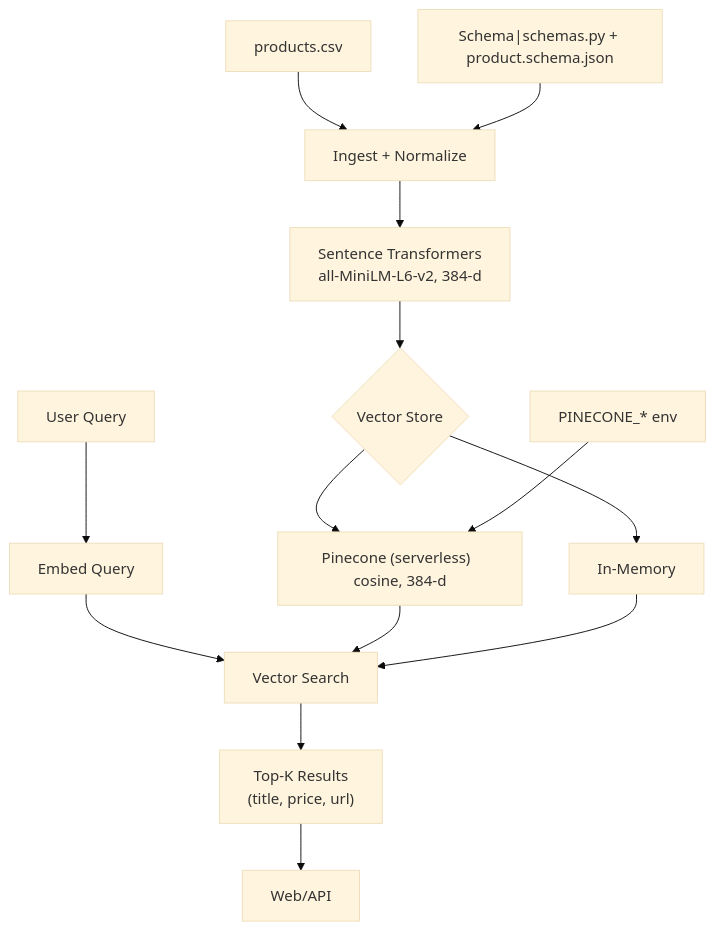
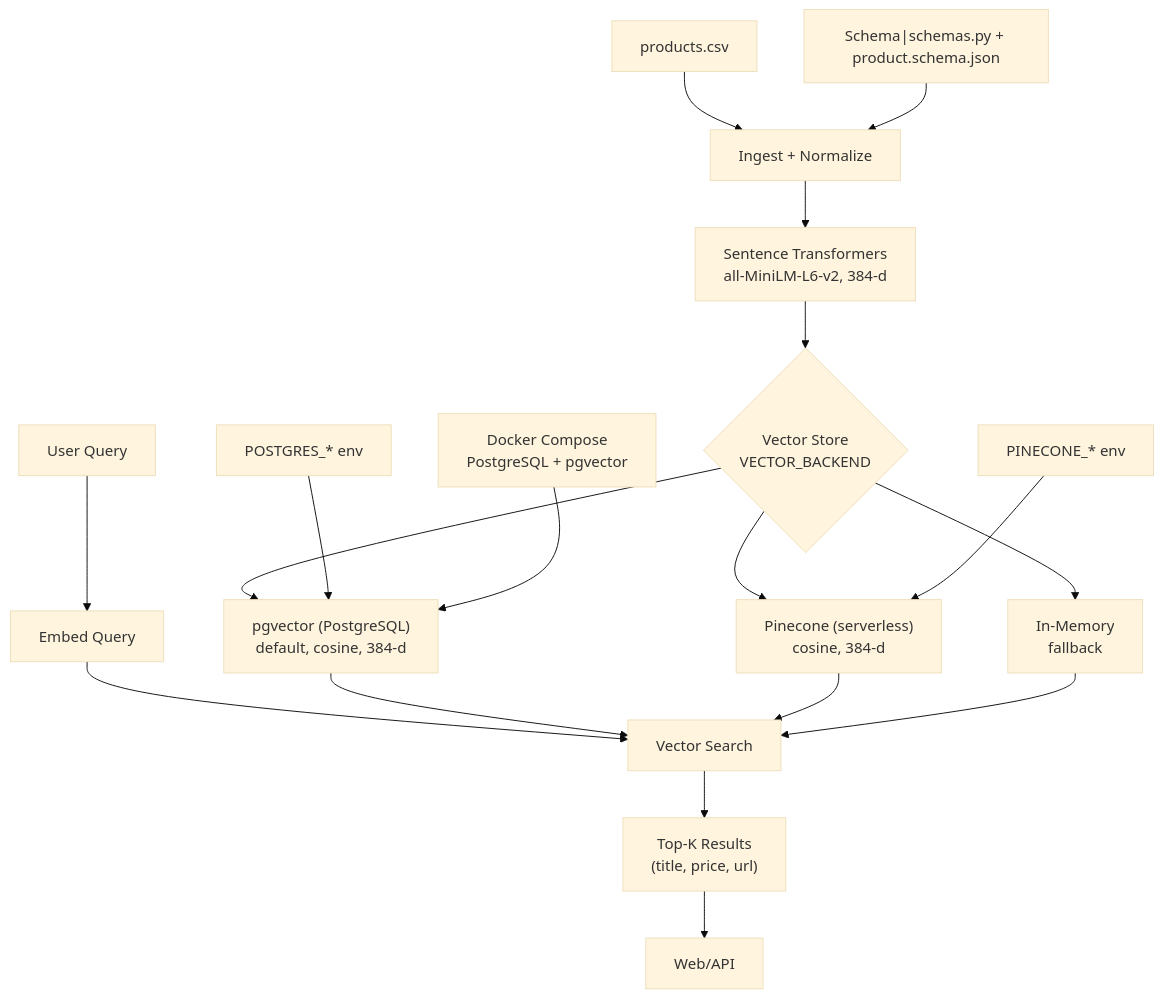
One commit to ZaboReal/ML-ProductSearch changed the diagram in docs/diagram.mmd. Above: the diagram before and after it, drawn with Mermaid (base theme). The commit also changed 19 other files, not shown here.

```diff
--- a/docs/diagram.mmd
+++ b/docs/diagram.mmd
@@ -1,19 +1,22 @@
 graph TD
 
     CSV["products.csv"] --> ING["Ingest + Normalize"]
     SCHEMA["Schema|schemas.py + product.schema.json"] --> ING
 
-    ING --> EMB["Sentence Transformers\nall-MiniLM-L6-v2, 384-d"]
-    EMB --> STORE{Vector Store}
-    STORE --> PIN["Pinecone (serverless)  cosine, 384-d"]
-    STORE --> MEM["In-Memory"]
+    ING --> EMB["Sentence Transformers<br/>all-MiniLM-L6-v2, 384-d"]
+    EMB --> STORE{Vector Store<br/>VECTOR_BACKEND}
+    STORE --> PG["pgvector (PostgreSQL)<br/>default, cosine, 384-d"]
+    STORE --> PIN["Pinecone (serverless)<br/>cosine, 384-d"]
+    STORE --> MEM["In-Memory<br/>fallback"]
 
     Q["User Query"] --> QE["Embed Query"]
     QE --> SEARCH["Vector Search"]
+    PG --> SEARCH
     PIN --> SEARCH
     MEM --> SEARCH
-    SEARCH --> RSLT["Top-K Results
-    (title, price, url)"]
+    SEARCH --> RSLT["Top-K Results<br/>(title, price, url)"]
     RSLT --> WEB["Web/API"]
 
-    ENV["PINECONE_* env"] --> PIN
+    ENV_PG["POSTGRES_* env"] --> PG
+    ENV_PIN["PINECONE_* env"] --> PIN
+    DOCKER["Docker Compose<br/>PostgreSQL + pgvector"] --> PG
```
